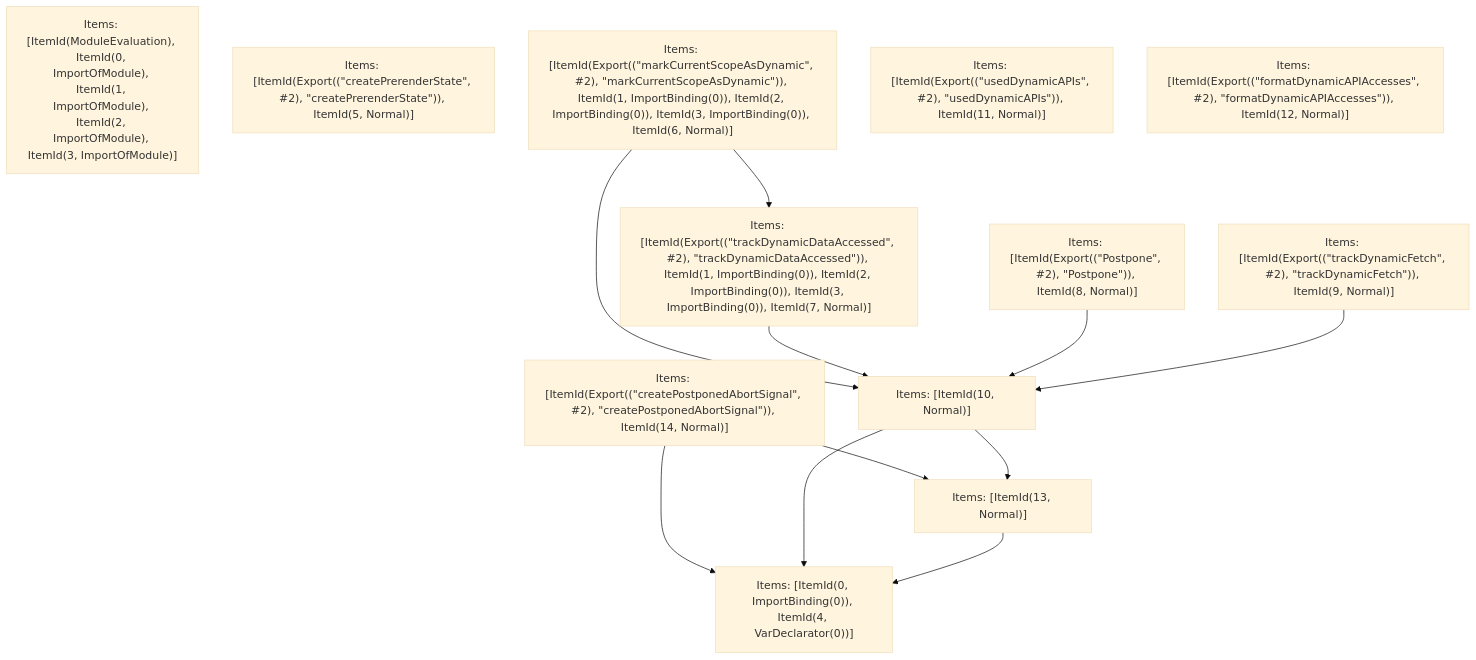
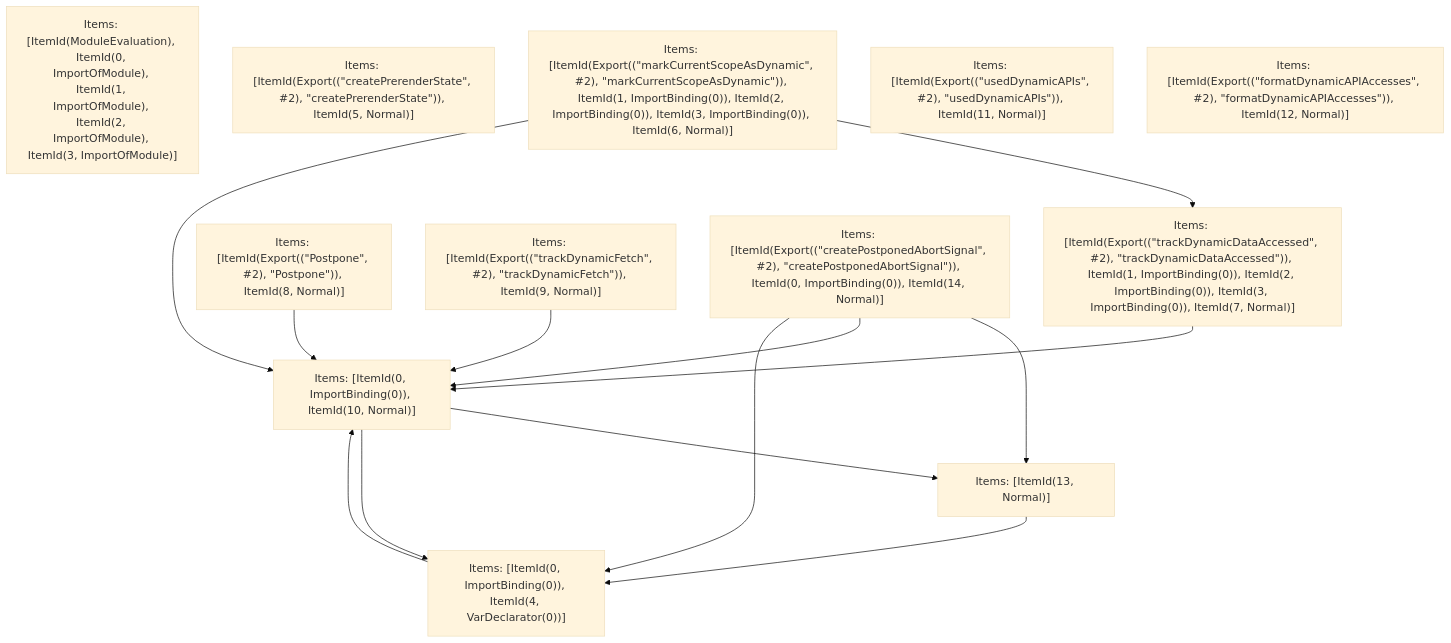
The fifth of 5 diagrams in crates/turbopack-ecmascript/tests/tree-shaker/analyzer/failed-2/output.md (vercel/turborepo), drawn with Mermaid (base theme) before and after one commit. The commit also changed other lines of this file and 9 other files, not shown here.

````diff
--- a/crates/turbopack-ecmascript/tests/tree-shaker/analyzer/failed-2/output.md
+++ b/crates/turbopack-ecmascript/tests/tree-shaker/analyzer/failed-2/output.md
@@ -548,25 +552,27 @@
 ```mermaid
 graph TD
     N0["Items: [ItemId(ModuleEvaluation), ItemId(0, ImportOfModule), ItemId(1, ImportOfModule), ItemId(2, ImportOfModule), ItemId(3, ImportOfModule)]"];
     N1["Items: [ItemId(Export((&quot;createPrerenderState&quot;, #2), &quot;createPrerenderState&quot;)), ItemId(5, Normal)]"];
     N2["Items: [ItemId(Export((&quot;markCurrentScopeAsDynamic&quot;, #2), &quot;markCurrentScopeAsDynamic&quot;)), ItemId(1, ImportBinding(0)), ItemId(2, ImportBinding(0)), ItemId(3, ImportBinding(0)), ItemId(6, Normal)]"];
     N3["Items: [ItemId(Export((&quot;trackDynamicDataAccessed&quot;, #2), &quot;trackDynamicDataAccessed&quot;)), ItemId(1, ImportBinding(0)), ItemId(2, ImportBinding(0)), ItemId(3, ImportBinding(0)), ItemId(7, Normal)]"];
     N4["Items: [ItemId(Export((&quot;Postpone&quot;, #2), &quot;Postpone&quot;)), ItemId(8, Normal)]"];
     N5["Items: [ItemId(Export((&quot;trackDynamicFetch&quot;, #2), &quot;trackDynamicFetch&quot;)), ItemId(9, Normal)]"];
     N6["Items: [ItemId(Export((&quot;usedDynamicAPIs&quot;, #2), &quot;usedDynamicAPIs&quot;)), ItemId(11, Normal)]"];
     N7["Items: [ItemId(Export((&quot;formatDynamicAPIAccesses&quot;, #2), &quot;formatDynamicAPIAccesses&quot;)), ItemId(12, Normal)]"];
-    N8["Items: [ItemId(Export((&quot;createPostponedAbortSignal&quot;, #2), &quot;createPostponedAbortSignal&quot;)), ItemId(14, Normal)]"];
+    N8["Items: [ItemId(Export((&quot;createPostponedAbortSignal&quot;, #2), &quot;createPostponedAbortSignal&quot;)), ItemId(0, ImportBinding(0)), ItemId(14, Normal)]"];
     N9["Items: [ItemId(0, ImportBinding(0)), ItemId(4, VarDeclarator(0))]"];
-    N10["Items: [ItemId(10, Normal)]"];
+    N10["Items: [ItemId(0, ImportBinding(0)), ItemId(10, Normal)]"];
     N11["Items: [ItemId(13, Normal)]"];
     N2 --> N3;
     N2 --> N10;
     N3 --> N10;
     N4 --> N10;
     N5 --> N10;
     N8 --> N11;
+    N8 --> N10;
     N8 --> N9;
+    N9 --> N10;
     N10 --> N11;
     N10 --> N9;
     N11 --> N9;
 ```
````
